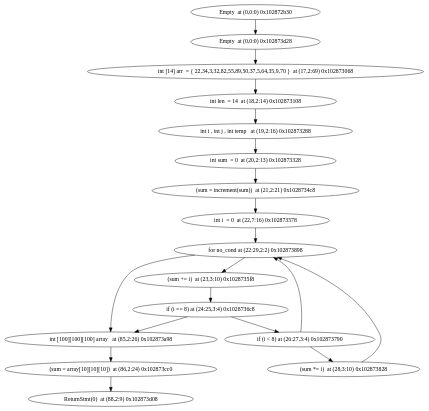
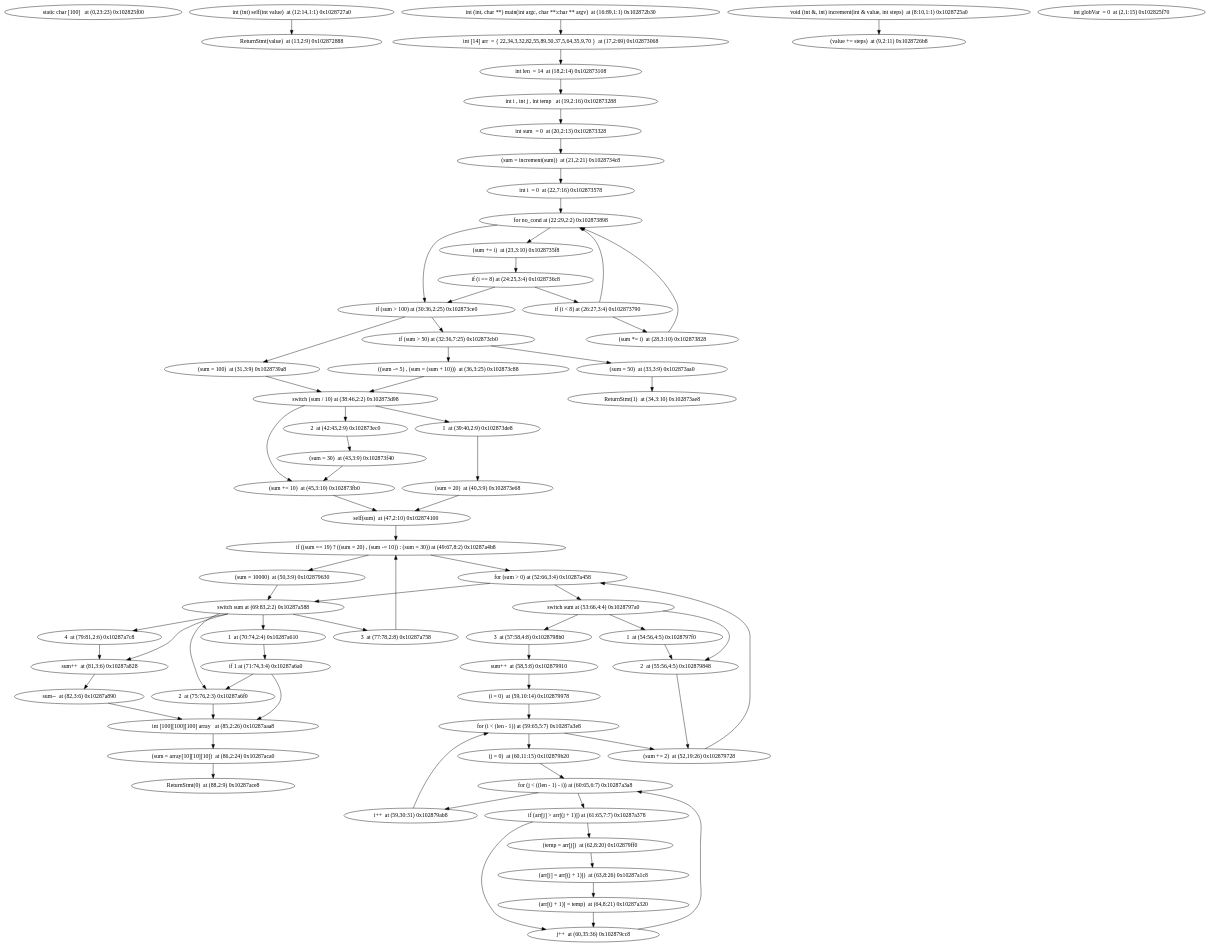
The diagram in ModelChecker/test.dot (jxw1102/Projet-merou), drawn with Graphviz before and after one commit. The commit also changed 4 other files, not shown here.

```diff
--- a/ModelChecker/test.dot
+++ b/ModelChecker/test.dot
@@ -1,20 +1,82 @@
 digraph {
-"Empty  at (0,0:0) 0x102872b30" -> "Empty  at (0,0:0) 0x102873d28"
-"Empty  at (0,0:0) 0x102873d28" -> "int [14] arr  = { 22,34,3,32,82,55,89,50,37,5,64,35,9,70 }  at (17,2:69) 0x102873068"
+"static char [100]   at (0,23:23) 0x102825f00"
+"int (int) self(int value)  at (12:14,1:1) 0x1028727a0" -> "ReturnStmt(value)  at (13,2:9) 0x102872888"
+"ReturnStmt(value)  at (13,2:9) 0x102872888"
+"int (int, char **) main(int argc, char **:char ** argv)  at (16:89,1:1) 0x102872b30" -> "int [14] arr  = { 22,34,3,32,82,55,89,50,37,5,64,35,9,70 }  at (17,2:69) 0x102873068"
 "int [14] arr  = { 22,34,3,32,82,55,89,50,37,5,64,35,9,70 }  at (17,2:69) 0x102873068" -> "int len  = 14  at (18,2:14) 0x102873108"
 "int len  = 14  at (18,2:14) 0x102873108" -> "int i , int j , int temp   at (19,2:16) 0x102873288"
 "int i , int j , int temp   at (19,2:16) 0x102873288" -> "int sum  = 0  at (20,2:13) 0x102873328"
 "int sum  = 0  at (20,2:13) 0x102873328" -> "(sum = increment(sum))  at (21,2:21) 0x1028734c8"
 "(sum = increment(sum))  at (21,2:21) 0x1028734c8" -> "int i  = 0  at (22,7:16) 0x102873578"
 "int i  = 0  at (22,7:16) 0x102873578" -> "for no_cond at (22:29,2:2) 0x102873898"
 "for no_cond at (22:29,2:2) 0x102873898" -> "(sum += i)  at (23,3:10) 0x1028735f8"
-"for no_cond at (22:29,2:2) 0x102873898" -> "int [100][100][100] array   at (85,2:26) 0x102873a98"
+"for no_cond at (22:29,2:2) 0x102873898" -> "if (sum > 100) at (30:36,2:25) 0x102873ce0"
 "(sum += i)  at (23,3:10) 0x1028735f8" -> "if (i == 8) at (24:25,3:4) 0x1028736c8"
 "if (i == 8) at (24:25,3:4) 0x1028736c8" -> "if (i < 8) at (26:27,3:4) 0x102873790"
-"if (i == 8) at (24:25,3:4) 0x1028736c8" -> "int [100][100][100] array   at (85,2:26) 0x102873a98"
+"if (i == 8) at (24:25,3:4) 0x1028736c8" -> "if (sum > 100) at (30:36,2:25) 0x102873ce0"
 "if (i < 8) at (26:27,3:4) 0x102873790" -> "for no_cond at (22:29,2:2) 0x102873898"
 "if (i < 8) at (26:27,3:4) 0x102873790" -> "(sum *= i)  at (28,3:10) 0x102873828"
 "(sum *= i)  at (28,3:10) 0x102873828" -> "for no_cond at (22:29,2:2) 0x102873898"
-"int [100][100][100] array   at (85,2:26) 0x102873a98" -> "(sum = array[10][10][10])  at (86,2:24) 0x102873cc0"
-"(sum = array[10][10][10])  at (86,2:24) 0x102873cc0" -> "ReturnStmt(0)  at (88,2:9) 0x102873d08"
+"if (sum > 100) at (30:36,2:25) 0x102873ce0" -> "if (sum > 50) at (32:36,7:25) 0x102873cb0"
+"if (sum > 100) at (30:36,2:25) 0x102873ce0" -> "(sum = 100)  at (31,3:9) 0x1028739a8"
+"if (sum > 50) at (32:36,7:25) 0x102873cb0" -> "(sum = 50)  at (33,3:9) 0x102873aa0"
+"if (sum > 50) at (32:36,7:25) 0x102873cb0" -> "((sum -= 5) , (sum = (sum + 10)))  at (36,3:25) 0x102873c88"
+"(sum = 50)  at (33,3:9) 0x102873aa0" -> "ReturnStmt(1)  at (34,3:10) 0x102873ae8"
+"ReturnStmt(1)  at (34,3:10) 0x102873ae8"
+"((sum -= 5) , (sum = (sum + 10)))  at (36,3:25) 0x102873c88" -> "switch (sum / 10) at (38:46,2:2) 0x102873d98"
+"switch (sum / 10) at (38:46,2:2) 0x102873d98" -> "2  at (42:43,2:9) 0x102873ec0"
+"switch (sum / 10) at (38:46,2:2) 0x102873d98" -> "(sum += 10)  at (45,3:10) 0x102873fb0"
+"switch (sum / 10) at (38:46,2:2) 0x102873d98" -> "1  at (39:40,2:9) 0x102873de8"
+"2  at (42:43,2:9) 0x102873ec0" -> "(sum = 30)  at (43,3:9) 0x102873f40"
+"(sum = 30)  at (43,3:9) 0x102873f40" -> "(sum += 10)  at (45,3:10) 0x102873fb0"
+"(sum += 10)  at (45,3:10) 0x102873fb0" -> "self(sum)  at (47,2:10) 0x102874100"
+"self(sum)  at (47,2:10) 0x102874100" -> "if ((sum == 19) ? ((sum = 20) , (sum -= 10)) : (sum = 30)) at (49:67,8:2) 0x10287a4b8"
+"if ((sum == 19) ? ((sum = 20) , (sum -= 10)) : (sum = 30)) at (49:67,8:2) 0x10287a4b8" -> "for (sum > 0) at (52:66,3:4) 0x10287a458"
+"if ((sum == 19) ? ((sum = 20) , (sum -= 10)) : (sum = 30)) at (49:67,8:2) 0x10287a4b8" -> "(sum = 10000)  at (50,3:9) 0x102879630"
+"for (sum > 0) at (52:66,3:4) 0x10287a458" -> "switch sum at (69:83,2:2) 0x10287a588"
+"for (sum > 0) at (52:66,3:4) 0x10287a458" -> "switch sum at (53:66,4:4) 0x1028797a0"
+"switch sum at (69:83,2:2) 0x10287a588" -> "4  at (79:81,2:6) 0x10287a7c8"
+"switch sum at (69:83,2:2) 0x10287a588" -> "3  at (77:78,2:8) 0x10287a758"
+"switch sum at (69:83,2:2) 0x10287a588" -> "sum++  at (81,3:6) 0x10287a828"
+"switch sum at (69:83,2:2) 0x10287a588" -> "2  at (75:76,2:3) 0x10287a6f0"
+"switch sum at (69:83,2:2) 0x10287a588" -> "1  at (70:74,2:4) 0x10287a610"
+"4  at (79:81,2:6) 0x10287a7c8" -> "sum++  at (81,3:6) 0x10287a828"
+"sum++  at (81,3:6) 0x10287a828" -> "sum--  at (82,3:6) 0x10287a890"
+"sum--  at (82,3:6) 0x10287a890" -> "int [100][100][100] array   at (85,2:26) 0x10287aaa8"
+"int [100][100][100] array   at (85,2:26) 0x10287aaa8" -> "(sum = array[10][10][10])  at (86,2:24) 0x10287aca0"
+"(sum = array[10][10][10])  at (86,2:24) 0x10287aca0" -> "ReturnStmt(0)  at (88,2:9) 0x10287ace8"
+"ReturnStmt(0)  at (88,2:9) 0x10287ace8"
+"3  at (77:78,2:8) 0x10287a758" -> "if ((sum == 19) ? ((sum = 20) , (sum -= 10)) : (sum = 30)) at (49:67,8:2) 0x10287a4b8"
+"2  at (75:76,2:3) 0x10287a6f0" -> "int [100][100][100] array   at (85,2:26) 0x10287aaa8"
+"1  at (70:74,2:4) 0x10287a610" -> "if 1 at (71:74,3:4) 0x10287a6a0"
+"if 1 at (71:74,3:4) 0x10287a6a0" -> "int [100][100][100] array   at (85,2:26) 0x10287aaa8"
+"if 1 at (71:74,3:4) 0x10287a6a0" -> "2  at (75:76,2:3) 0x10287a6f0"
+"switch sum at (53:66,4:4) 0x1028797a0" -> "1  at (54:56,4:5) 0x1028797f0"
+"switch sum at (53:66,4:4) 0x1028797a0" -> "3  at (57:58,4:8) 0x1028798b0"
+"switch sum at (53:66,4:4) 0x1028797a0" -> "2  at (55:56,4:5) 0x102879848"
+"1  at (54:56,4:5) 0x1028797f0" -> "2  at (55:56,4:5) 0x102879848"
+"2  at (55:56,4:5) 0x102879848" -> "(sum += 2)  at (52,19:26) 0x102879728"
+"(sum += 2)  at (52,19:26) 0x102879728" -> "for (sum > 0) at (52:66,3:4) 0x10287a458"
+"3  at (57:58,4:8) 0x1028798b0" -> "sum++  at (58,5:8) 0x102879910"
+"sum++  at (58,5:8) 0x102879910" -> "(i = 0)  at (59,10:14) 0x102879978"
+"(i = 0)  at (59,10:14) 0x102879978" -> "for (i < (len - 1)) at (59:65,5:7) 0x10287a3e8"
+"for (i < (len - 1)) at (59:65,5:7) 0x10287a3e8" -> "(sum += 2)  at (52,19:26) 0x102879728"
+"for (i < (len - 1)) at (59:65,5:7) 0x10287a3e8" -> "(j = 0)  at (60,11:15) 0x102879b20"
+"(j = 0)  at (60,11:15) 0x102879b20" -> "for (j < ((len - 1) - i)) at (60:65,6:7) 0x10287a3a8"
+"for (j < ((len - 1) - i)) at (60:65,6:7) 0x10287a3a8" -> "if (arr[j] > arr[(j + 1)]) at (61:65,7:7) 0x10287a378"
+"for (j < ((len - 1) - i)) at (60:65,6:7) 0x10287a3a8" -> "i++  at (59,30:31) 0x102879ab8"
+"if (arr[j] > arr[(j + 1)]) at (61:65,7:7) 0x10287a378" -> "(temp = arr[j])  at (62,8:20) 0x102879ff0"
+"if (arr[j] > arr[(j + 1)]) at (61:65,7:7) 0x10287a378" -> "j++  at (60,35:36) 0x102879cc8"
+"(temp = arr[j])  at (62,8:20) 0x102879ff0" -> "(arr[j] = arr[(j + 1)])  at (63,8:26) 0x10287a1c8"
+"(arr[j] = arr[(j + 1)])  at (63,8:26) 0x10287a1c8" -> "(arr[(j + 1)] = temp)  at (64,8:21) 0x10287a320"
+"(arr[(j + 1)] = temp)  at (64,8:21) 0x10287a320" -> "j++  at (60,35:36) 0x102879cc8"
+"j++  at (60,35:36) 0x102879cc8" -> "for (j < ((len - 1) - i)) at (60:65,6:7) 0x10287a3a8"
+"i++  at (59,30:31) 0x102879ab8" -> "for (i < (len - 1)) at (59:65,5:7) 0x10287a3e8"
+"(sum = 10000)  at (50,3:9) 0x102879630" -> "switch sum at (69:83,2:2) 0x10287a588"
+"1  at (39:40,2:9) 0x102873de8" -> "(sum = 20)  at (40,3:9) 0x102873e68"
+"(sum = 20)  at (40,3:9) 0x102873e68" -> "self(sum)  at (47,2:10) 0x102874100"
+"(sum = 100)  at (31,3:9) 0x1028739a8" -> "switch (sum / 10) at (38:46,2:2) 0x102873d98"
+"void (int &, int) increment(int & value, int steps)  at (8:10,1:1) 0x1028725a0" -> "(value += steps)  at (9,2:11) 0x1028726b8"
+"(value += steps)  at (9,2:11) 0x1028726b8"
+"int globVar  = 0  at (2,1:15) 0x102825f70"
 }
```
